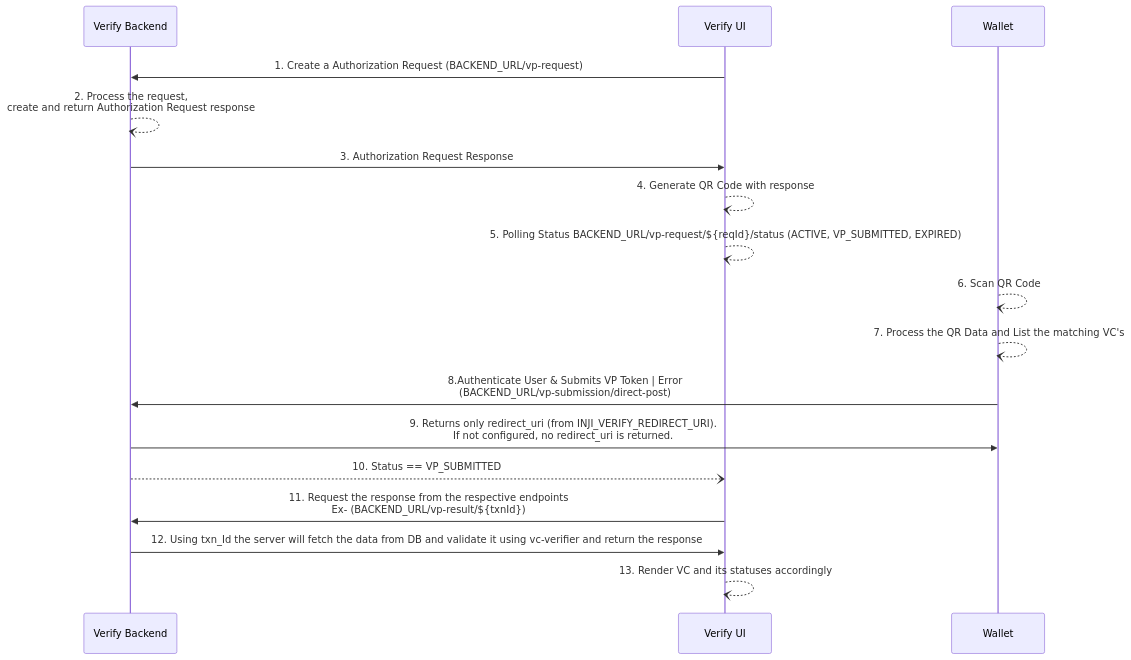
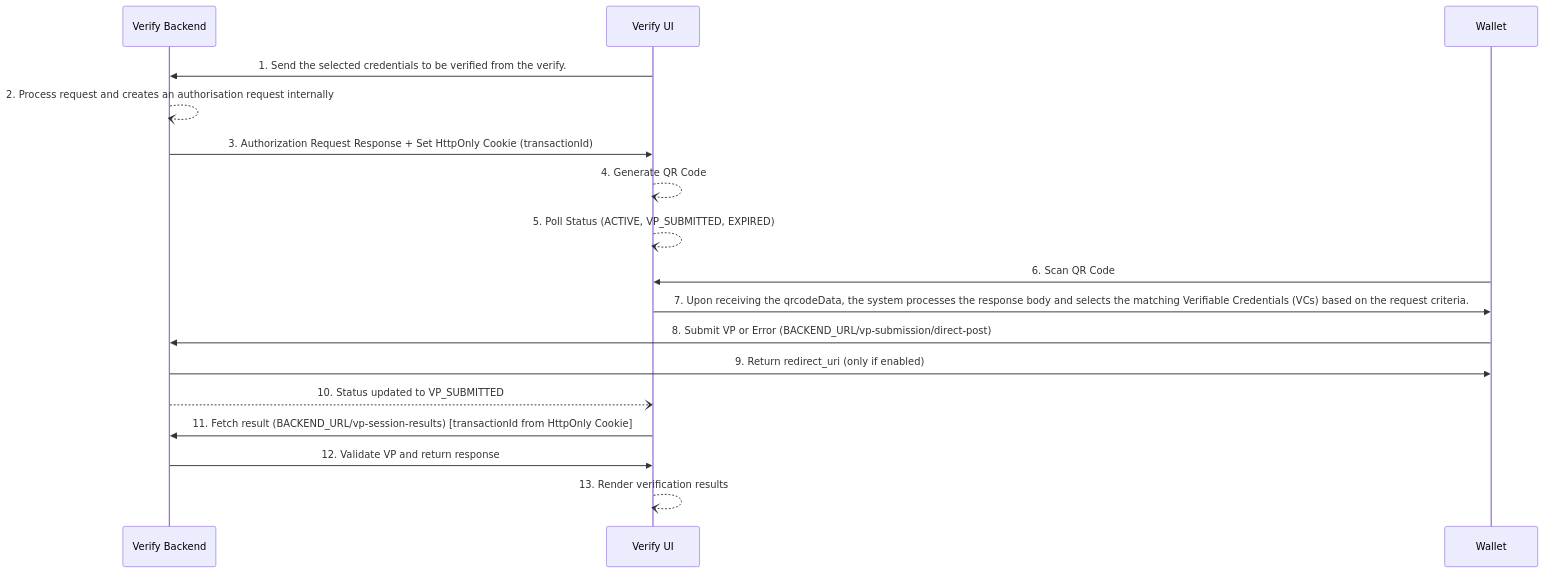
One commit to inji/inji-verify changed the diagram in docs/OpenID4VPCrossDeviceFlow.md. Above: the diagram before and after it, drawn with Mermaid. The commit also changed other lines of this file and 2 other files, not shown here.

````diff
--- a/docs/OpenID4VPCrossDeviceFlow.md
+++ b/docs/OpenID4VPCrossDeviceFlow.md
@@ -56,22 +125,24 @@
-```mermaid    
+```mermaid
 sequenceDiagram
     participant Verify Backend
     participant Verify UI
     participant Wallet
 
+    Verify UI->>Verify Backend: 1. Send the selected credentials to be verified from the verify.
+    Verify Backend--)Verify Backend: 2. Process request and creates an authorisation request internally
+    Verify Backend->>Verify UI: 3. Authorization Request Response + Set HttpOnly Cookie (transactionId)
 
-    Verify UI->>Verify Backend: 1. Create a Authorization Request (BACKEND_URL/vp-request)
-    Verify Backend--)Verify Backend: 2. Process the request,<br> create and return Authorization Request response
-    Verify Backend->>Verify UI: 3. Authorization Request Response
-    Verify UI--)Verify UI: 4. Generate QR Code with response
-    Verify UI--)Verify UI: 5. Polling Status BACKEND_URL/vp-request/${reqId}/status (ACTIVE, VP_SUBMITTED, EXPIRED)
-    Wallet--)Wallet: 6. Scan QR Code
-    Wallet--)Wallet: 7. Process the QR Data and List the matching VC's
-    Wallet->>Verify Backend: 8.Authenticate User & Submits VP Token | Error <br> (BACKEND_URL/vp-submission/direct-post)
-    Verify Backend->>Wallet: 9. Returns only redirect_uri (from INJI_VERIFY_REDIRECT_URI). <br/> If not configured, no redirect_uri is returned.
-    Verify Backend--)Verify UI: 10. Status == VP_SUBMITTED
-    Verify UI->>Verify Backend: 11. Request the response from the respective endpoints <br> Ex- (BACKEND_URL/vp-result/${txnId})
-    Verify Backend->>Verify UI: 12. Using txn_Id the server will fetch the data from DB and validate it using vc-verifier and return the response
-    Verify UI--)Verify UI: 13. Render VC and its statuses accordingly
-    
+    Verify UI--)Verify UI: 4. Generate QR Code
+    Verify UI--)Verify UI: 5. Poll Status (ACTIVE, VP_SUBMITTED, EXPIRED)
+
+    Wallet->>Verify UI: 6. Scan QR Code
+    Verify UI->>Wallet: 7. Upon receiving the qrcodeData, the system processes the response body and selects the matching Verifiable Credentials (VCs) based on the request criteria.
+    Wallet->>Verify Backend: 8. Submit VP or Error (BACKEND_URL/vp-submission/direct-post)
+
+    Verify Backend->>Wallet: 9. Return redirect_uri (only if enabled)
+    Verify Backend--)Verify UI: 10. Status updated to VP_SUBMITTED
+
+    Verify UI->>Verify Backend: 11. Fetch result (BACKEND_URL/vp-session-results) [transactionId from HttpOnly Cookie]
+    Verify Backend->>Verify UI: 12. Validate VP and return response
+    Verify UI--)Verify UI: 13. Render verification results
 ```
````
